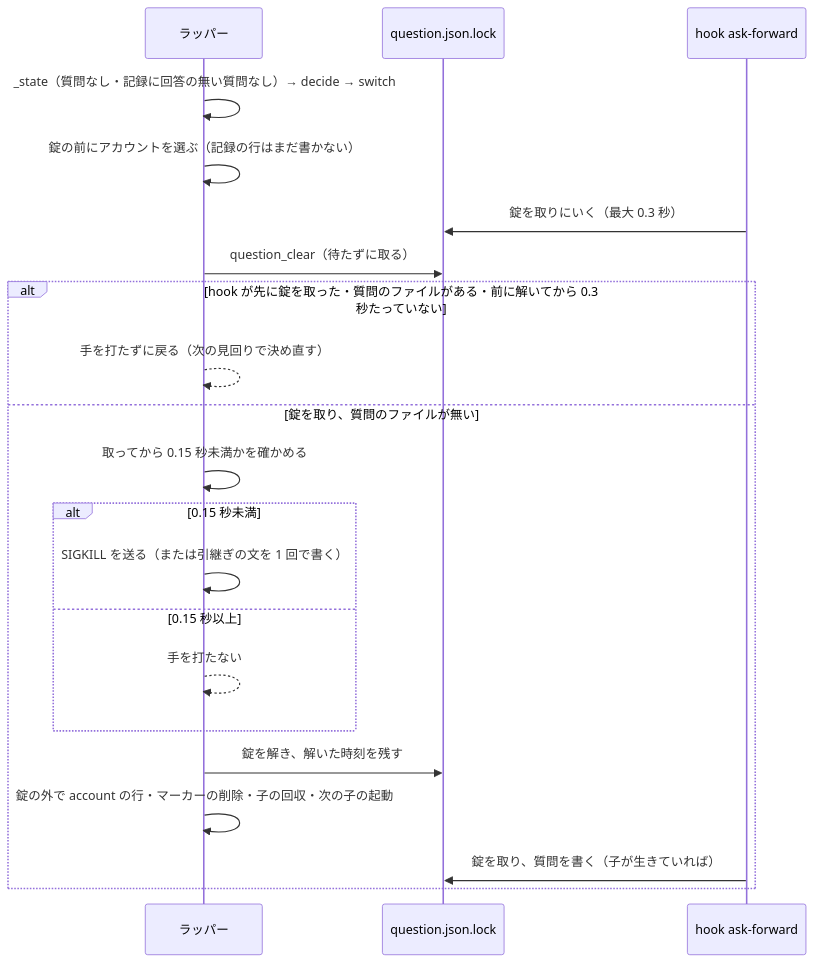
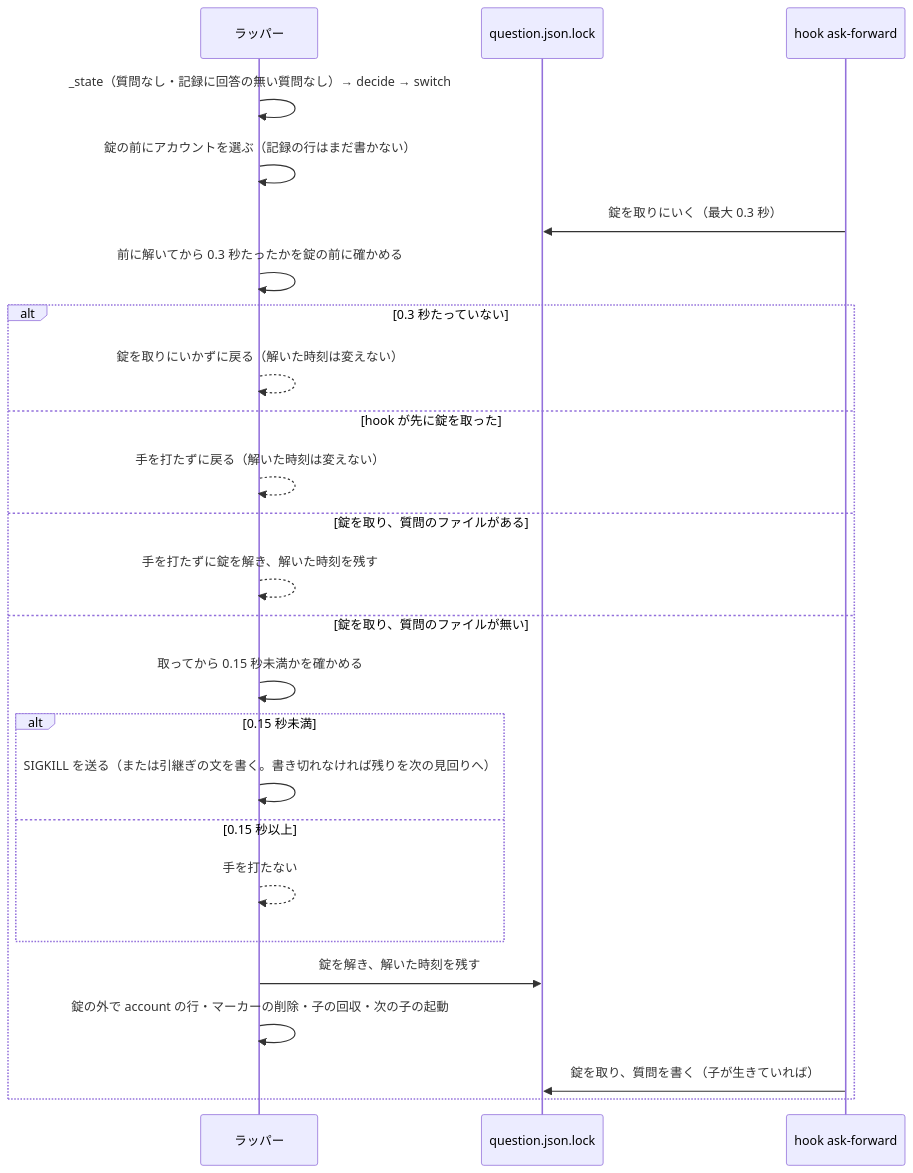
One commit to devbasex/ai-plugins changed the fifth of 5 diagrams in issues/issue-3842-3846-3847-3814-design.md. Above: the diagram before and after it, drawn with Mermaid. The commit also changed other lines of this file and 1 other file, not shown here.

Commit message:
Docs: 解いた時刻の確かめを錠の前へ移し、引継ぎの短い書き込みの残りを次の見回りで書き足す（#3814）

````diff
--- a/issues/issue-3842-3846-3847-3814-design.md
+++ b/issues/issue-3842-3846-3847-3814-design.md
@@ -250,23 +250,27 @@
 ```mermaid
 sequenceDiagram
   participant W as ラッパー
   participant L as question.json.lock
   participant H as hook ask-forward
   W->>W: _state（質問なし・記録に回答の無い質問なし）→ decide → switch
   W->>W: 錠の前にアカウントを選ぶ（記録の行はまだ書かない）
   H->>L: 錠を取りにいく（最大 0.3 秒）
-  W->>L: question_clear（待たずに取る）
-  alt hook が先に錠を取った・質問のファイルがある・前に解いてから 0.3 秒たっていない
-    W-->>W: 手を打たずに戻る（次の見回りで決め直す）
+  W->>W: 前に解いてから 0.3 秒たったかを錠の前に確かめる
+  alt 0.3 秒たっていない
+    W-->>W: 錠を取りにいかずに戻る（解いた時刻は変えない）
+  else hook が先に錠を取った
+    W-->>W: 手を打たずに戻る（解いた時刻は変えない）
+  else 錠を取り、質問のファイルがある
+    W-->>W: 手を打たずに錠を解き、解いた時刻を残す
   else 錠を取り、質問のファイルが無い
     W->>W: 取ってから 0.15 秒未満かを確かめる
     alt 0.15 秒未満
-      W->>W: SIGKILL を送る（または引継ぎの文を 1 回で書く）
+      W->>W: SIGKILL を送る（または引継ぎの文を書く。書き切れなければ残りを次の見回りへ）
     else 0.15 秒以上
       W-->>W: 手を打たない
     end
     W->>L: 錠を解き、解いた時刻を残す
     W->>W: 錠の外で account の行・マーカーの削除・子の回収・次の子の起動
     H->>L: 錠を取り、質問を書く（子が生きていれば）
   end
 ```
````
